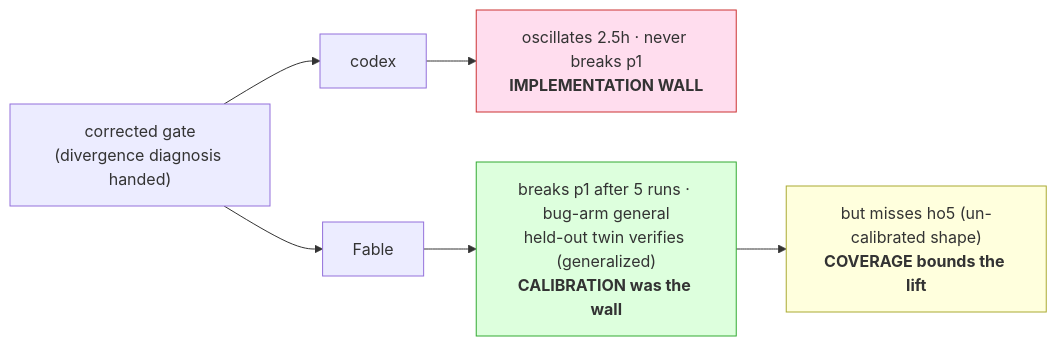
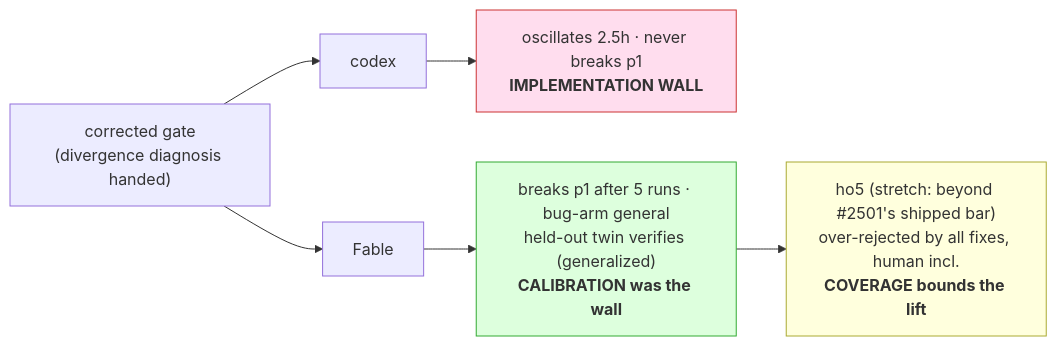
One commit to kimjune01/hygraph-mechanism changed the first of 2 diagrams in RESULTS.md. Above: the diagram before and after it, drawn with Mermaid. The commit also changed other lines of this file and 3 other files, not shown here.

First line of the commit message:
reclassify ho5 as a stretch goal (beyond #2501 bar), cite PR #2501

````diff
--- a/RESULTS.md
+++ b/RESULTS.md
@@ -29,11 +29,11 @@
 ```mermaid
 flowchart LR
   G["corrected gate<br/>(divergence diagnosis handed)"] --> C["codex"]
   G --> F["Fable"]
   C --> CW["oscillates 2.5h · never breaks p1<br/><b>IMPLEMENTATION WALL</b>"]
   F --> FW["breaks p1 after 5 runs · bug-arm general<br/>held-out twin verifies (generalized)<br/><b>CALIBRATION was the wall</b>"]
-  FW --> CB["but misses ho5 (un-calibrated shape)<br/><b>COVERAGE bounds the lift</b>"]
+  FW --> CB["ho5 (stretch: beyond #2501's shipped bar)<br/>over-rejected by all fixes, human incl.<br/><b>COVERAGE bounds the lift</b>"]
   style CW fill:#fde,stroke:#c33
   style FW fill:#dfd,stroke:#3a3
   style CB fill:#ffd,stroke:#aa3
 ```
````
